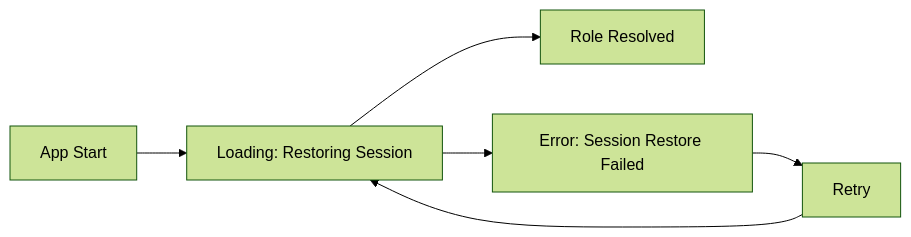
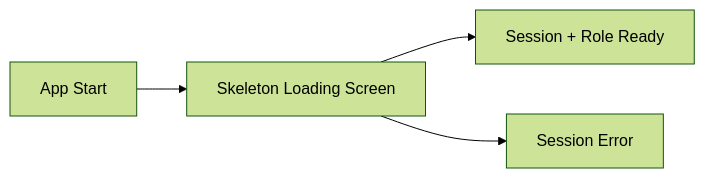
One commit to atharshah1/gimios changed the fifth of 5 diagrams in frontend/mobile-app/SCREEN_FLOW.md. Above: the diagram before and after it, drawn with Mermaid (forest theme). The commit also changed other lines of this file and 23 other files, not shown here.

Commit message:
Move ops to API hooks, add typed navigation, forms, and skeleton loading

````diff
--- a/frontend/mobile-app/SCREEN_FLOW.md
+++ b/frontend/mobile-app/SCREEN_FLOW.md
@@ -58,8 +58,6 @@
 ```mermaid
 flowchart LR
-    START[App Start] --> LOADING[Loading: Restoring Session]
-    LOADING --> READY[Role Resolved]
-    LOADING --> ERROR[Error: Session Restore Failed]
-    ERROR --> RETRY[Retry]
-    RETRY --> LOADING
+    START[App Start] --> SKELETON[Skeleton Loading Screen]
+    SKELETON --> READY[Session + Role Ready]
+    SKELETON --> ERROR[Session Error]
 ```
````
